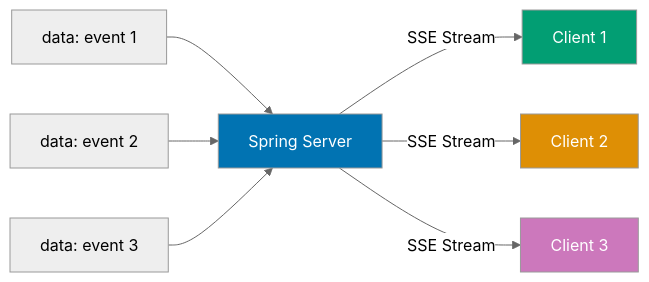
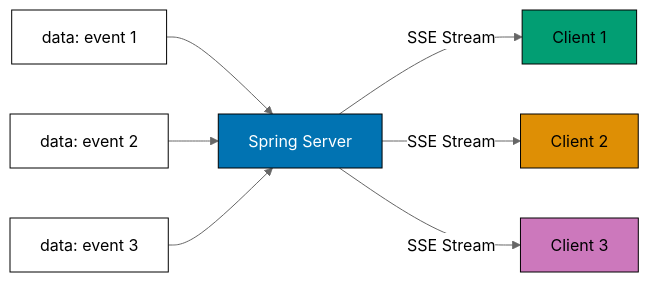
One commit to wahidyankf/ose-public changed diagram 12 of 14 in apps/ayokoding-www/content/en/learn/legacy/software-engineering/platforms/web/tools/jvm-spring-boot/by-example/intermediate.md. Above: the diagram before and after it, drawn with Mermaid (neutral theme). The commit also changed other lines of this file and 130 other files, not shown here.

First line of the commit message:
fix(mermaid): bring the legacy platforms diagrams onto the accessible palette

````diff
--- a/apps/ayokoding-www/content/en/learn/legacy/software-engineering/platforms/web/tools/jvm-spring-boot/by-example/intermediate.md
+++ b/apps/ayokoding-www/content/en/learn/legacy/software-engineering/platforms/web/tools/jvm-spring-boot/by-example/intermediate.md
@@ -5644,16 +5706,23 @@
 ```mermaid
 %% Color Palette: Blue #0173B2, Orange #DE8F05, Teal #029E73, Purple #CC78BC, Brown #CA9161
 flowchart LR
+    accTitle: Example 42: Server-Sent Events - Unidirectional Streaming
+    accDescr: Flowchart with 7 nodes and 6 connections. Nodes: Spring Server, Client 1, Client 2, Client 3, data: event 1, data: event 2, data: event 3. Connections: Spring Server to Client 1 (SSE Stream), Spring Server to Client 2 (SSE Stream), Spring Server to Client 3 (SSE Stream), data: event 1 to Spring Server, data: event 2 to Spring Server, data: event 3 to Spring Server.
     Server[Spring Server] -->|SSE Stream| C1[Client 1]
     Server -->|SSE Stream| C2[Client 2]
     Server -->|SSE Stream| C3[Client 3]
 
     Note1[data: event 1] --> Server
     Note2[data: event 2] --> Server
     Note3[data: event 3] --> Server
 
-    style Server fill:#0173B2,color:#fff
-    style C1 fill:#029E73,color:#fff
-    style C2 fill:#DE8F05,color:#fff
-    style C3 fill:#CC78BC,color:#fff
+    classDef pal-0173B2 fill:#0173B2,stroke:#000000,color:#FFFFFF
+    class Server pal-0173B2
+    classDef pal-029E73 fill:#029E73,stroke:#000000,color:#000000
+    class C1 pal-029E73
+    classDef pal-DE8F05 fill:#DE8F05,stroke:#000000,color:#000000
+    class C2 pal-DE8F05
+    classDef pal-CC78BC fill:#CC78BC,stroke:#000000,color:#000000
+    class C3 pal-CC78BC
+    classDef default fill:#FFFFFF,stroke:#000000,color:#000000
 ```
````
